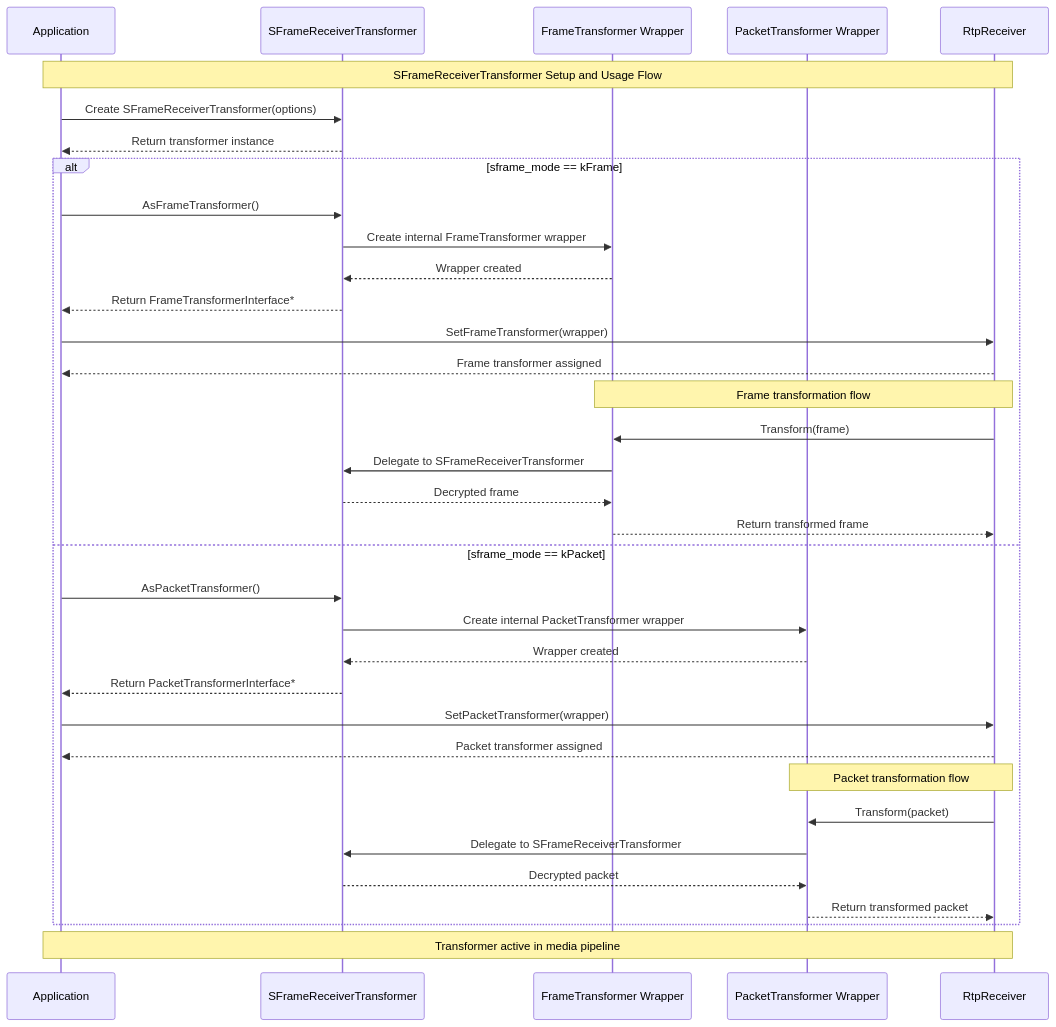
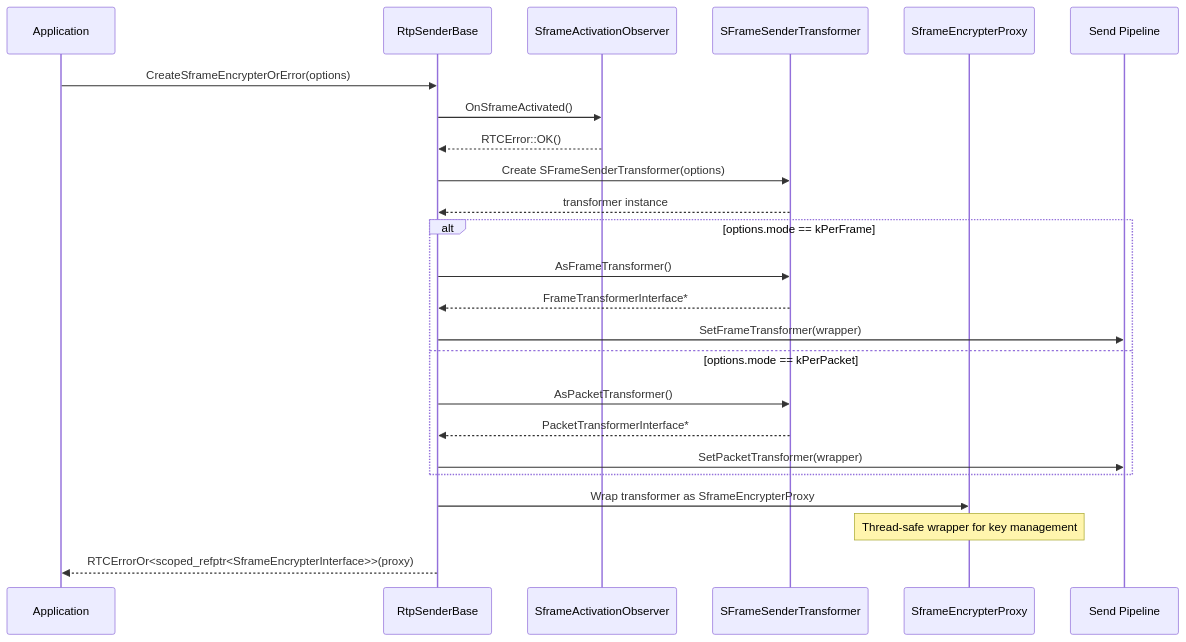
Before and after one commit to webex/webrtc-sframe: the ninth of 20 diagrams in README.md, drawn with Mermaid. The commit also changed other lines of this file and 1 other file, not shown here.

````diff
--- a/README.md
+++ b/README.md
@@ -351,46 +315,32 @@
 ```mermaid
 sequenceDiagram
     participant App as Application
-    participant RT as SFrameReceiverTransformer
-    participant FW as FrameTransformer Wrapper
-    participant PW as PacketTransformer Wrapper
-    participant Receiver as RtpReceiver
+    participant Sender as RtpSenderBase
+    participant Observer as SframeActivationObserver
+    participant Transformer as SFrameSenderTransformer
+    participant Proxy as SframeEncrypterProxy
+    participant Pipeline as Send Pipeline
 
-    Note over App,Receiver: SFrameReceiverTransformer Setup and Usage Flow
+    App->>Sender: CreateSframeEncrypterOrError(options)
 
-    App->>RT: Create SFrameReceiverTransformer(options)
-    RT-->>App: Return transformer instance
+    Sender->>Observer: OnSframeActivated()
+    Observer-->>Sender: RTCError::OK()
 
-    alt sframe_mode == kFrame
-        App->>RT: AsFrameTransformer()
-        RT->>FW: Create internal FrameTransformer wrapper
-        FW-->>RT: Wrapper created
-        RT-->>App: Return FrameTransformerInterface*
-        
-        App->>Receiver: SetFrameTransformer(wrapper)
-        Receiver-->>App: Frame transformer assigned
-        
-        Note over FW,Receiver: Frame transformation flow
-        Receiver->>FW: Transform(frame)
-        FW->>RT: Delegate to SFrameReceiverTransformer
-        RT-->>FW: Decrypted frame
-        FW-->>Receiver: Return transformed frame
-        
-    else sframe_mode == kPacket
-        App->>RT: AsPacketTransformer()
-        RT->>PW: Create internal PacketTransformer wrapper
-        PW-->>RT: Wrapper created
-        RT-->>App: Return PacketTransformerInterface*
-        
-        App->>Receiver: SetPacketTransformer(wrapper)
-        Receiver-->>App: Packet transformer assigned
-        
-        Note over PW,Receiver: Packet transformation flow
-        Receiver->>PW: Transform(packet)
-        PW->>RT: Delegate to SFrameReceiverTransformer
-        RT-->>PW: Decrypted packet
-        PW-->>Receiver: Return transformed packet
+    Sender->>Transformer: Create SFrameSenderTransformer(options)
+    Transformer-->>Sender: transformer instance
+
+    alt options.mode == kPerFrame
+        Sender->>Transformer: AsFrameTransformer()
+        Transformer-->>Sender: FrameTransformerInterface*
+        Sender->>Pipeline: SetFrameTransformer(wrapper)
+    else options.mode == kPerPacket
+        Sender->>Transformer: AsPacketTransformer()
+        Transformer-->>Sender: PacketTransformerInterface*
+        Sender->>Pipeline: SetPacketTransformer(wrapper)
     end
 
-    Note over App,Receiver: Transformer active in media pipeline
+    Sender->>Proxy: Wrap transformer as SframeEncrypterProxy
+    Note over Proxy: Thread-safe wrapper for key management
+
+    Sender-->>App: RTCErrorOr<scoped_refptr<SframeEncrypterInterface>>(proxy)
 ```
````
